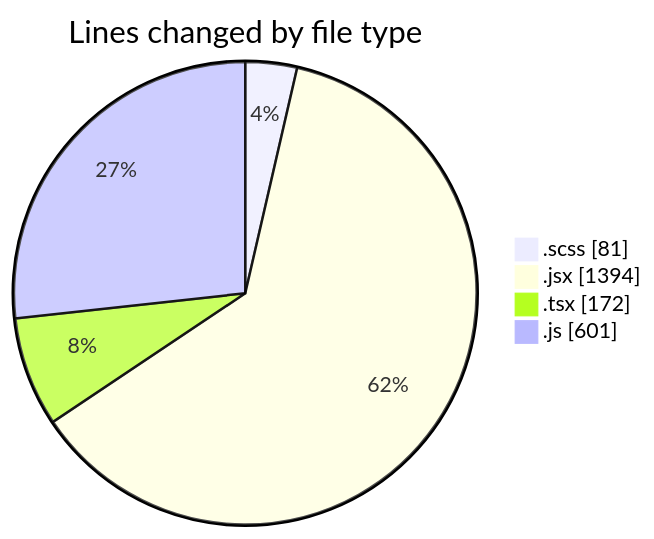
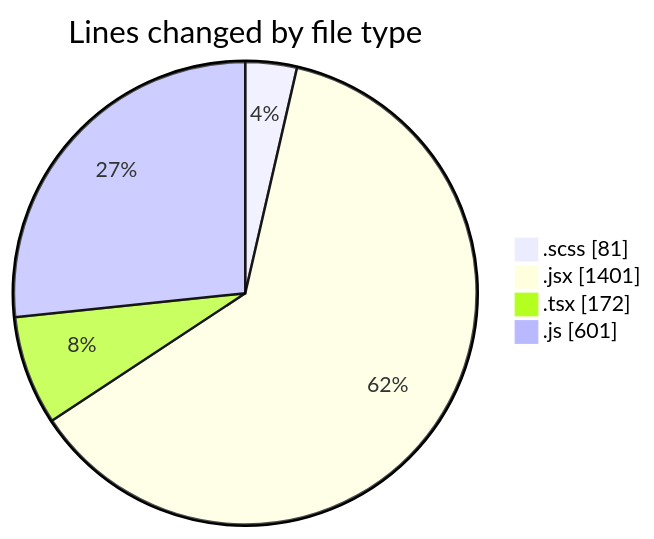
One commit to momahboobian/code-tracking changed the first of 2 diagrams in 2025-06-03/cda/README.md. Above: the diagram before and after it, drawn with Mermaid. The commit also changed other lines of this file and 1 other file, not shown here.

````diff
--- a/2025-06-03/cda/README.md
+++ b/2025-06-03/cda/README.md
@@ -25,8 +25,8 @@
 ```mermaid
 pie showData
 title Lines changed by file type
 ".scss" : 81
-".jsx" : 1394
+".jsx" : 1401
 ".tsx" : 172
 ".js" : 601
 ```
````
